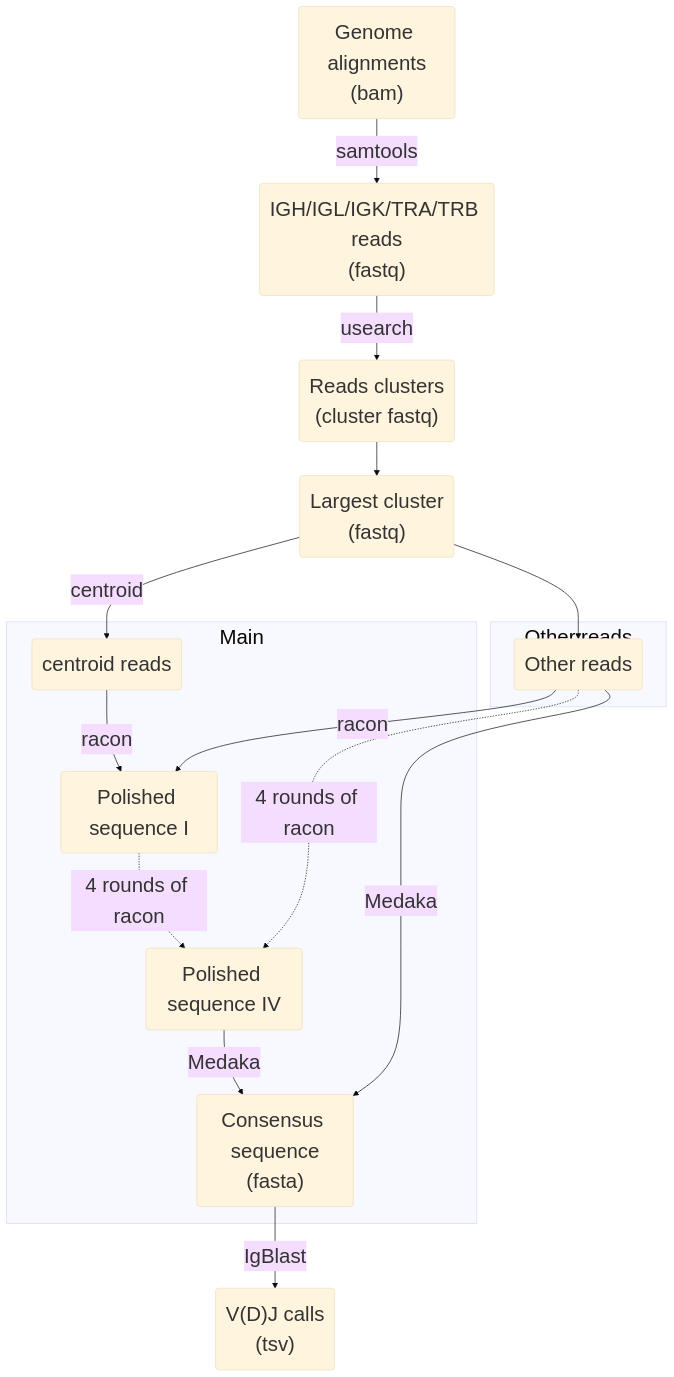
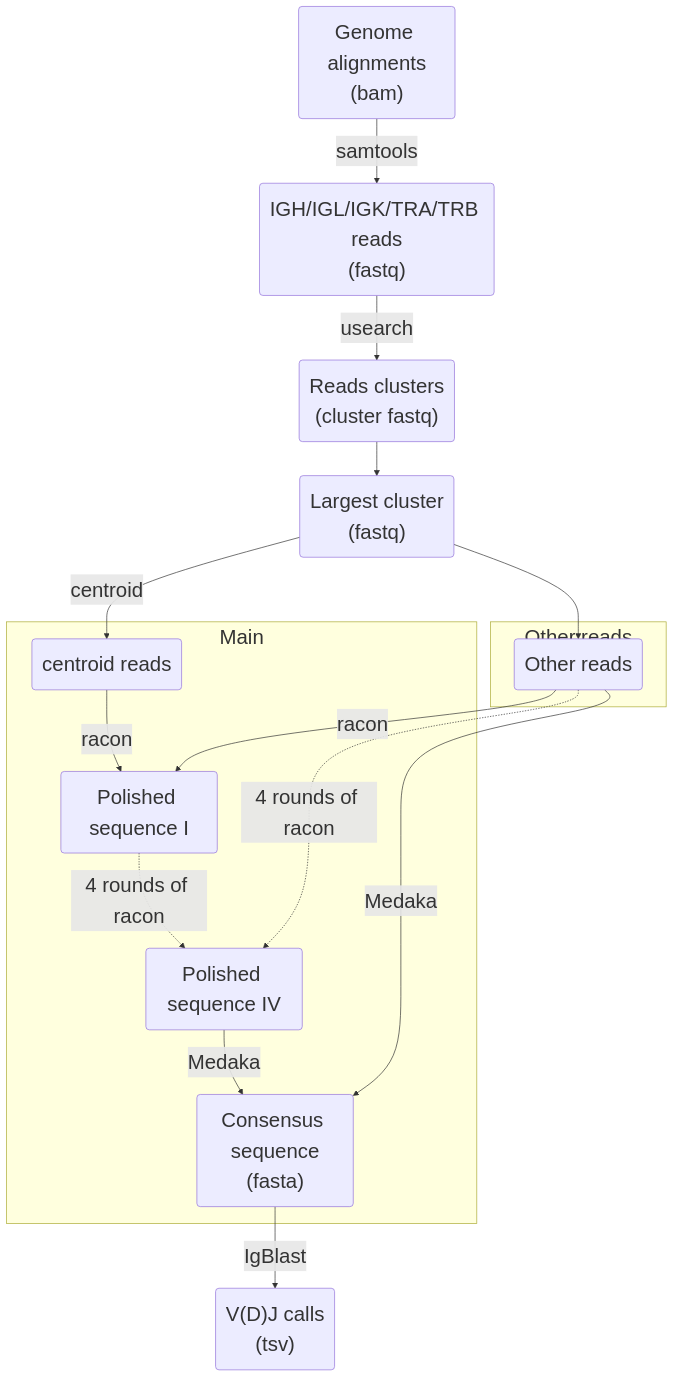
One commit to liuzhenyu-yyy/SCAN-seq2 changed the third of 4 diagrams in README.md. Above: the diagram before and after it, drawn with Mermaid.

Commit message:
change theme for mermaid

````diff
--- a/README.md
+++ b/README.md
@@ -45,25 +45,25 @@
 ```mermaid
-%%{init: {"theme": "base", 'themeVariables': { "fontSize": "30px","fontFamily": "Arial"}}}%%
+%%{init: {"theme": "default", 'themeVariables': { "fontSize": "30px","fontFamily": "Arial"}}}%%
 graph TD
 
 Align_Genome("Genome alignments</br>(bam)") -- samtools --> reads("IGH/IGL/IGK/TRA/TRB reads<br/>(fastq)") --usearch--> cluster("Reads clusters</br>(cluster fastq)")--> large_clustrer("Largest cluster</br>(fastq)")--centroid--> centroid("centroid reads")
 large_clustrer --> Other("Other reads")
 
 subgraph Main 
 centroid  --racon--> pol1(Polished sequence I)
 pol1 -. 4 rounds of racon.->pol4(Polished sequence IV) -- Medaka --> con("Consensus sequence</br>(fasta)")
 end
 
 subgraph Other reads
 Other --racon--> pol1
 Other -. 4 rounds of racon.->pol4
 Other -- Medaka --> con("Consensus sequence</br>(fasta)")
 end
 
 con --IgBlast--> VDJ("V(D)J calls</br>(tsv)")
 
 classDef merge fill:#bebada,stroke:#000000;
 classDef cl fill:#fb8072,stroke:#000000;
 classDef sc fill:#8dd3c7,stroke:#00000;
 classDef down fill:#b3de69,stroke:#000000;
 ```
````
